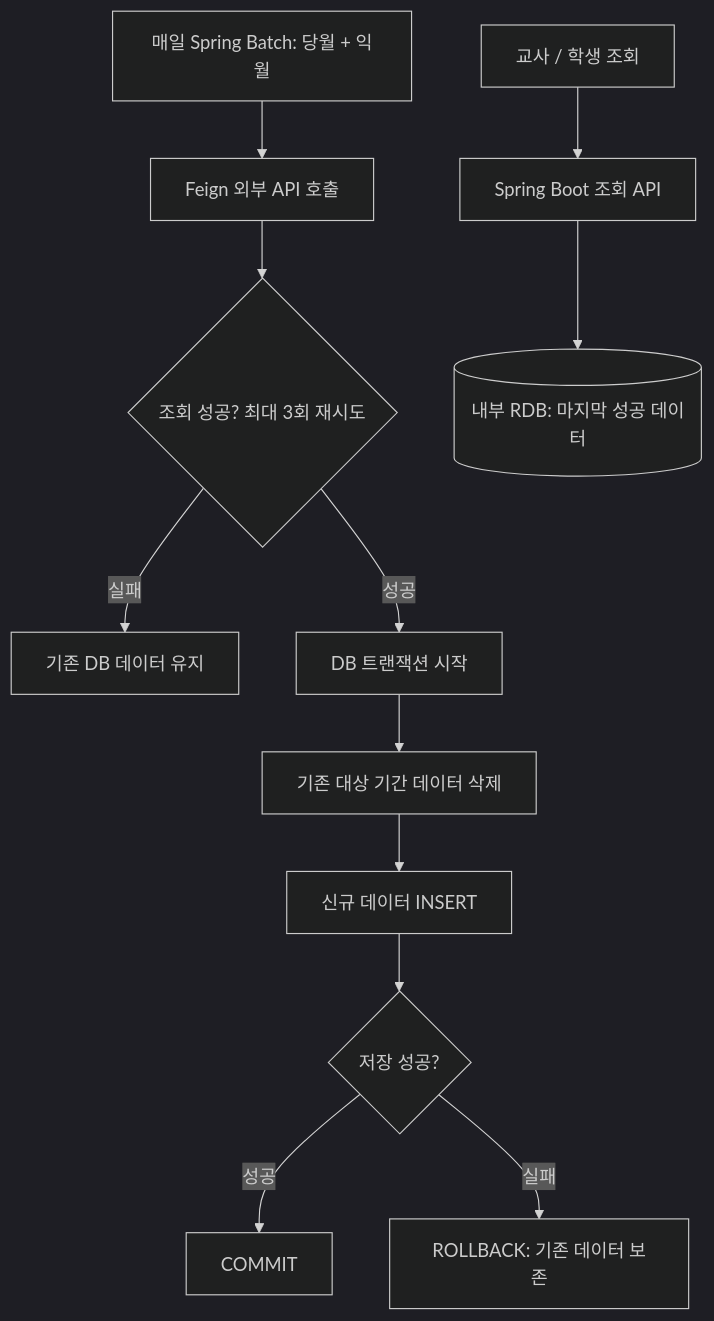
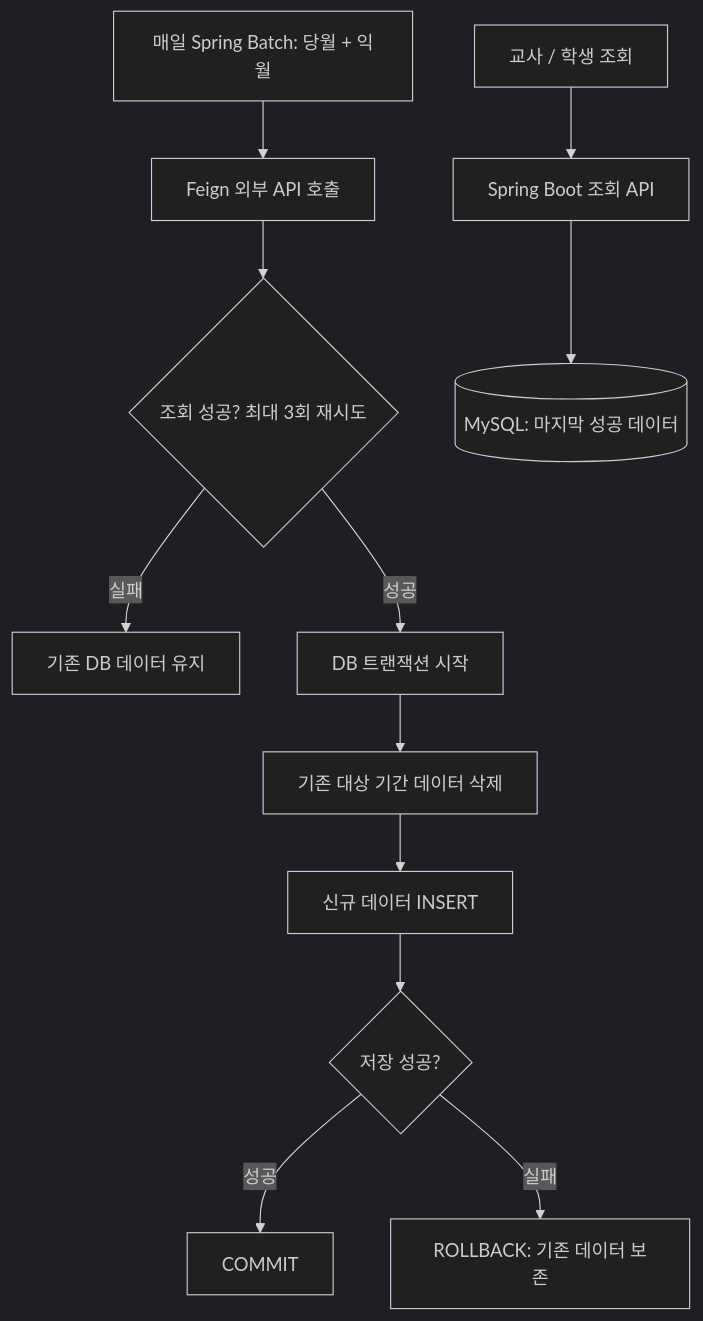
The second of 2 diagrams in projects/education-data-integration.md (kimjihyeon99/engineering-portfolio), drawn with Mermaid (dark theme) before and after one commit. The commit also changed other lines of this file, not shown here.

Commit message:
Clarify MySQL as AIDT application database

````diff
--- a/projects/education-data-integration.md
+++ b/projects/education-data-integration.md
@@ -77,14 +77,14 @@
 ```mermaid
 flowchart TD
     S[매일 Spring Batch: 당월 + 익월] --> F[Feign 외부 API 호출]
     F --> R{조회 성공? 최대 3회 재시도}
     R -->|실패| K[기존 DB 데이터 유지]
     R -->|성공| T[DB 트랜잭션 시작]
     T --> D[기존 대상 기간 데이터 삭제]
     D --> I[신규 데이터 INSERT]
     I --> C{저장 성공?}
     C -->|성공| OK[COMMIT]
     C -->|실패| RB[ROLLBACK: 기존 데이터 보존]
     U[교사 / 학생 조회] --> A[Spring Boot 조회 API]
-    A --> DB[(내부 RDB: 마지막 성공 데이터)]
+    A --> DB[(MySQL: 마지막 성공 데이터)]
 ```
````
